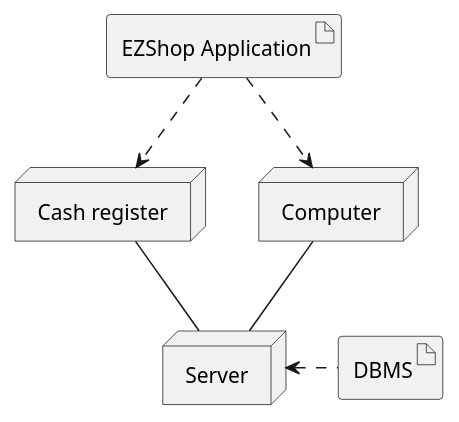
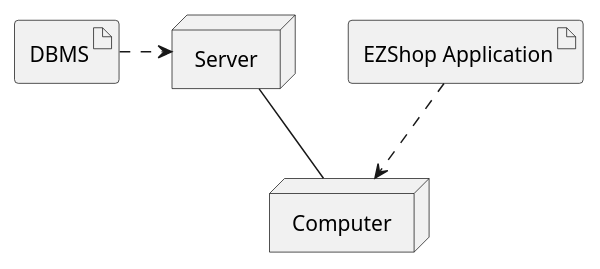
The fifth of 5 diagrams in Deliverables/RequirementsDocument.md (MatteoBattilana/EzShop), drawn with PlantUML before and after one commit. The commit also changed other lines of this file, not shown here.

````diff
--- a/Deliverables/RequirementsDocument.md
+++ b/Deliverables/RequirementsDocument.md
@@ -505,16 +508,13 @@
 ```plantuml
 @startuml
 
 node "Server" as server
-node "Computer" as computer1
-node "Cash register" as computer2
+node "Computer" as computer2
 
-server -up- computer1
-server -up- computer2
+server -- computer2
 artifact "DBMS" as dbms
 artifact "EZShop Application" as application
-dbms .left.> server
-application ..> computer1
+dbms .right.> server
 application ..> computer2
 @enduml
 ```
````
